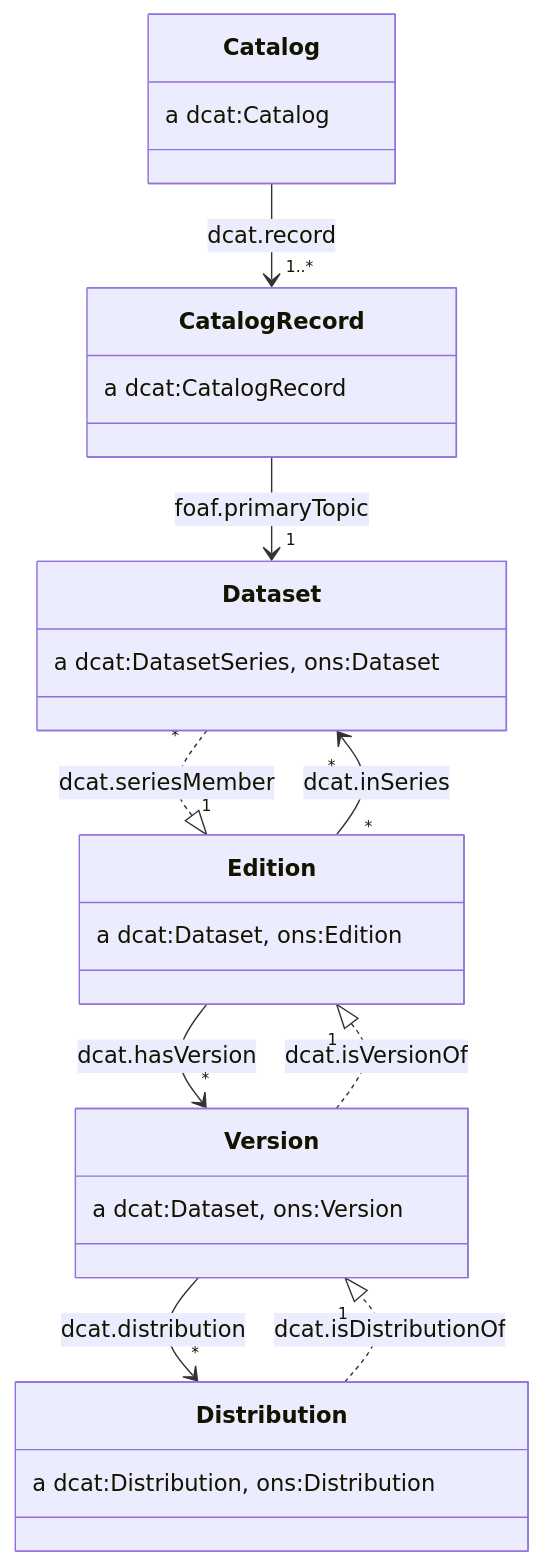
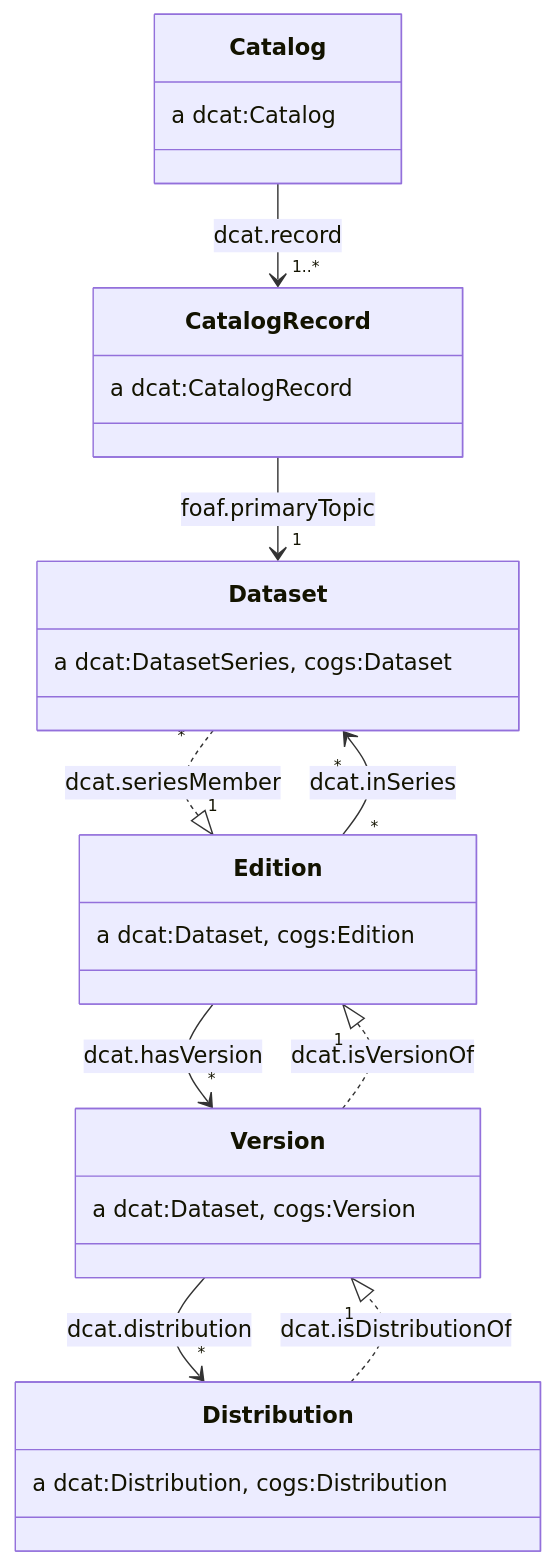
Before and after one commit to ONSdigital/application-profile: the first of 3 diagrams in cataloguing.md, drawn with Mermaid. The commit also changed 11 other files, not shown here.

````diff
--- a/cataloguing.md
+++ b/cataloguing.md
@@ -7,32 +7,32 @@
 ```mermaid
 classDiagram
     class Catalog {
         a dcat:Catalog
     }
     class CatalogRecord {
         a dcat:CatalogRecord
     }
     class Dataset{
-        a dcat:DatasetSeries, ons:Dataset
+        a dcat:DatasetSeries, cogs:Dataset
     }
     class Edition {
-        a dcat:Dataset, ons:Edition
+        a dcat:Dataset, cogs:Edition
     }
     class Version {
-        a dcat:Dataset, ons:Version
+        a dcat:Dataset, cogs:Version
     }
     class Distribution {
-        a dcat:Distribution, ons:Distribution
+        a dcat:Distribution, cogs:Distribution
     }
 
     Catalog --> "1..*" CatalogRecord : dcat.record
     CatalogRecord --> "1" Dataset : foaf.primaryTopic
 
     Edition --> "*" Version : dcat.hasVersion
     Version --> "*" Distribution : dcat.distribution
 
     Edition "*" --> "*" Dataset : dcat.inSeries
     Distribution ..|> "1" Version : dcat.isDistributionOf
     Version ..|> "1" Edition : dcat.isVersionOf
     Dataset "*" ..|> "1" Edition : dcat.seriesMember
 ```
````
